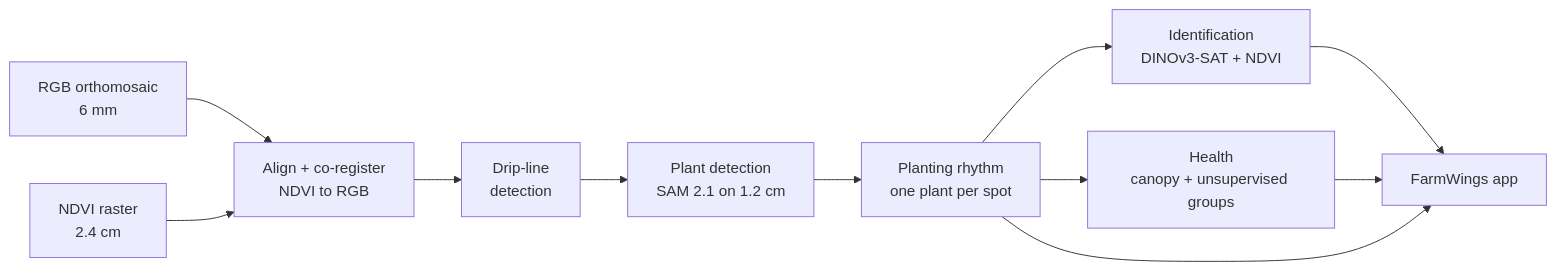
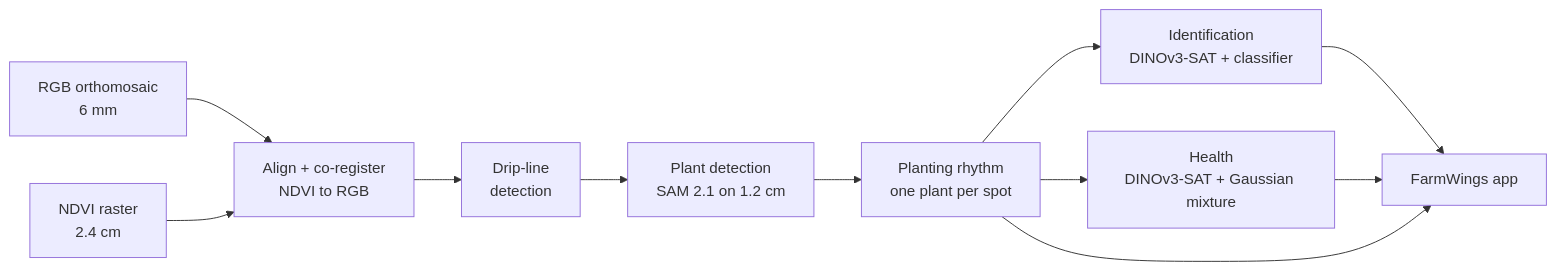
The first of 2 diagrams in README.md (athithyai/FarmWings), drawn with Mermaid before and after one commit. The commit also changed other lines of this file and 38 other files, not shown here.

First line of the commit message:
Public landing, sign-in and project picker; model diagrams in the app

````diff
--- a/README.md
+++ b/README.md
@@ -50,13 +64,13 @@
 ```mermaid
 flowchart LR
     A[RGB orthomosaic<br/>6 mm] --> C[Align + co-register<br/>NDVI to RGB]
     B[NDVI raster<br/>2.4 cm] --> C
     C --> D[Drip-line<br/>detection]
     D --> E[Plant detection<br/>SAM 2.1 on 1.2 cm]
     E --> F[Planting rhythm<br/>one plant per spot]
-    F --> G[Identification<br/>DINOv3-SAT + NDVI]
-    F --> H[Health<br/>canopy + unsupervised groups]
+    F --> G[Identification<br/>DINOv3-SAT + classifier]
+    F --> H[Health<br/>DINOv3-SAT + Gaussian mixture]
     G --> I[FarmWings app]
     H --> I
     F --> I
 ```
````
